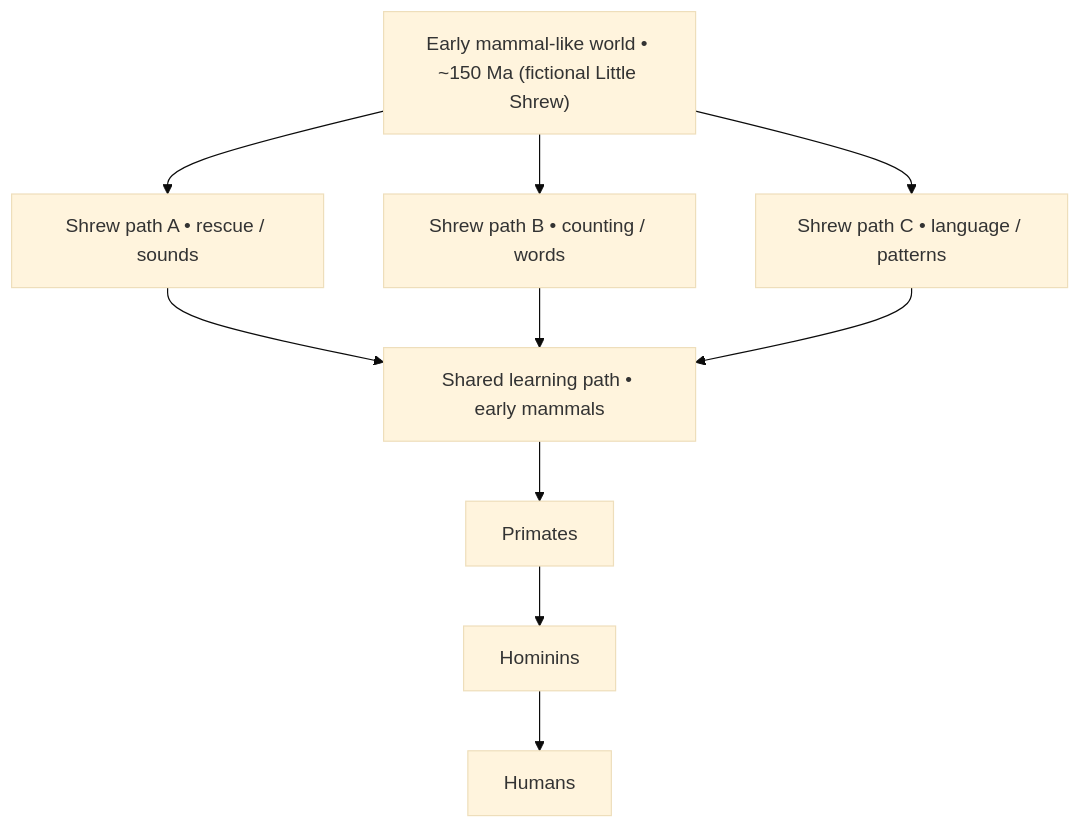
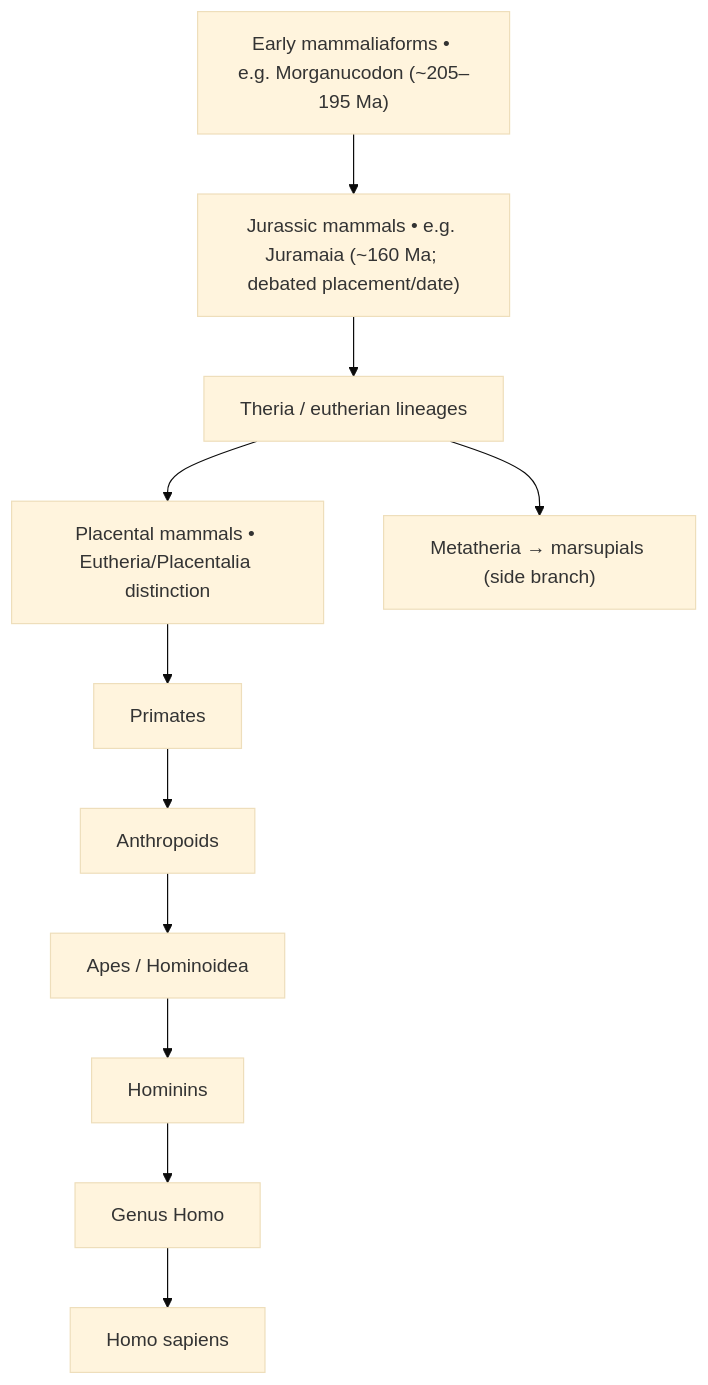
The diagram in modules/foundups/eduit/docs/EDUIT_STORYTIME_VISION_AND_EVOLUTION_MAP.md (FOUNDUPS/Foundups-Agent), drawn with Mermaid (base theme) before and after one commit. The commit also changed other lines of this file, not shown here.

Commit message:
Distinguish fossil taxa from fictional nicknames in Storytime evolution roadmap

````diff
--- a/modules/foundups/eduit/docs/EDUIT_STORYTIME_VISION_AND_EVOLUTION_MAP.md
+++ b/modules/foundups/eduit/docs/EDUIT_STORYTIME_VISION_AND_EVOLUTION_MAP.md
@@ -14,13 +15,14 @@
 ```mermaid
 flowchart TD
- A["Early mammal-like world • ~150 Ma (fictional Little Shrew)"]
- A --> S1["Shrew path A • rescue / sounds"]
- A --> S2["Shrew path B • counting / words"]
- A --> S3["Shrew path C • language / patterns"]
- S1 --> M["Shared learning path • early mammals"]
- S2 --> M
- S3 --> M
- M --> P["Primates"]
- P --> H["Hominins"]
- H --> U["Humans"]
+ A["Early mammaliaforms • e.g. Morganucodon (~205–195 Ma)"]
+ A --> B["Jurassic mammals • e.g. Juramaia (~160 Ma; debated placement/date)"]
+ B --> C["Theria / eutherian lineages"]
+ C --> D["Placental mammals • Eutheria/Placentalia distinction"]
+ C --> X["Metatheria → marsupials (side branch)"]
+ D --> E["Primates"]
+ E --> F["Anthropoids"]
+ F --> G["Apes / Hominoidea"]
+ G --> H["Hominins"]
+ H --> I["Genus Homo"]
+ I --> J["Homo sapiens"]
 ```
````
